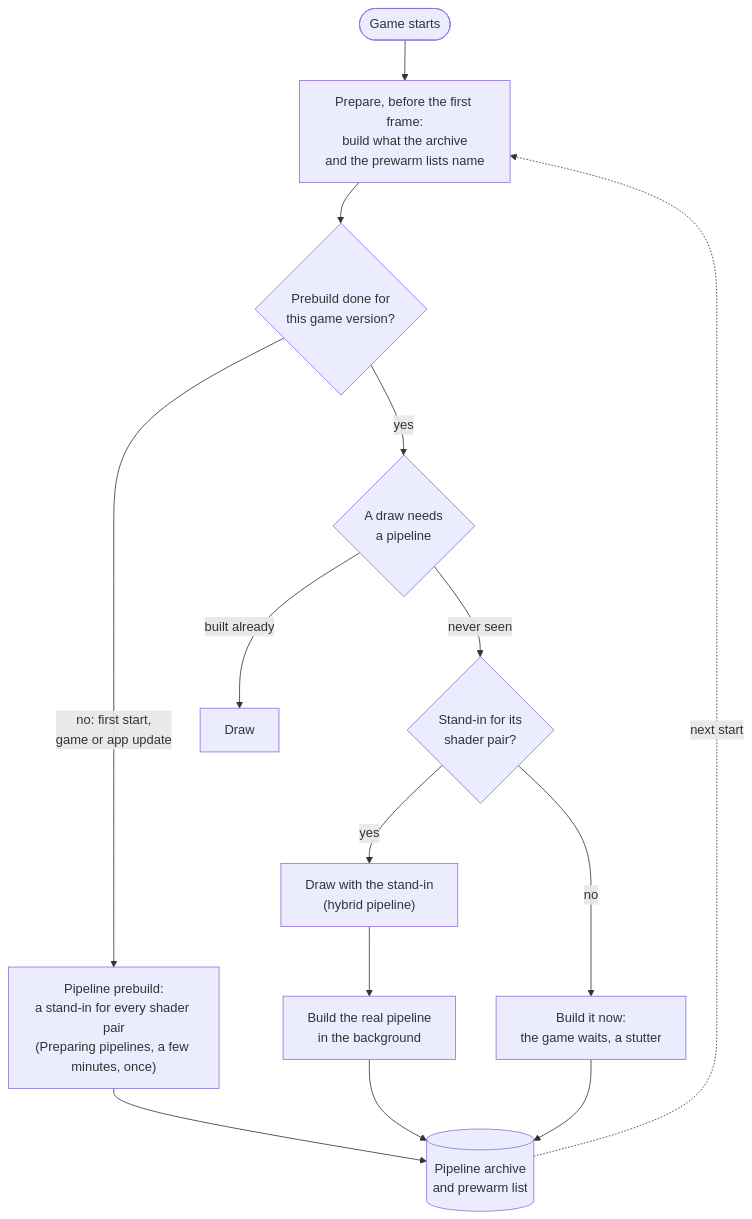
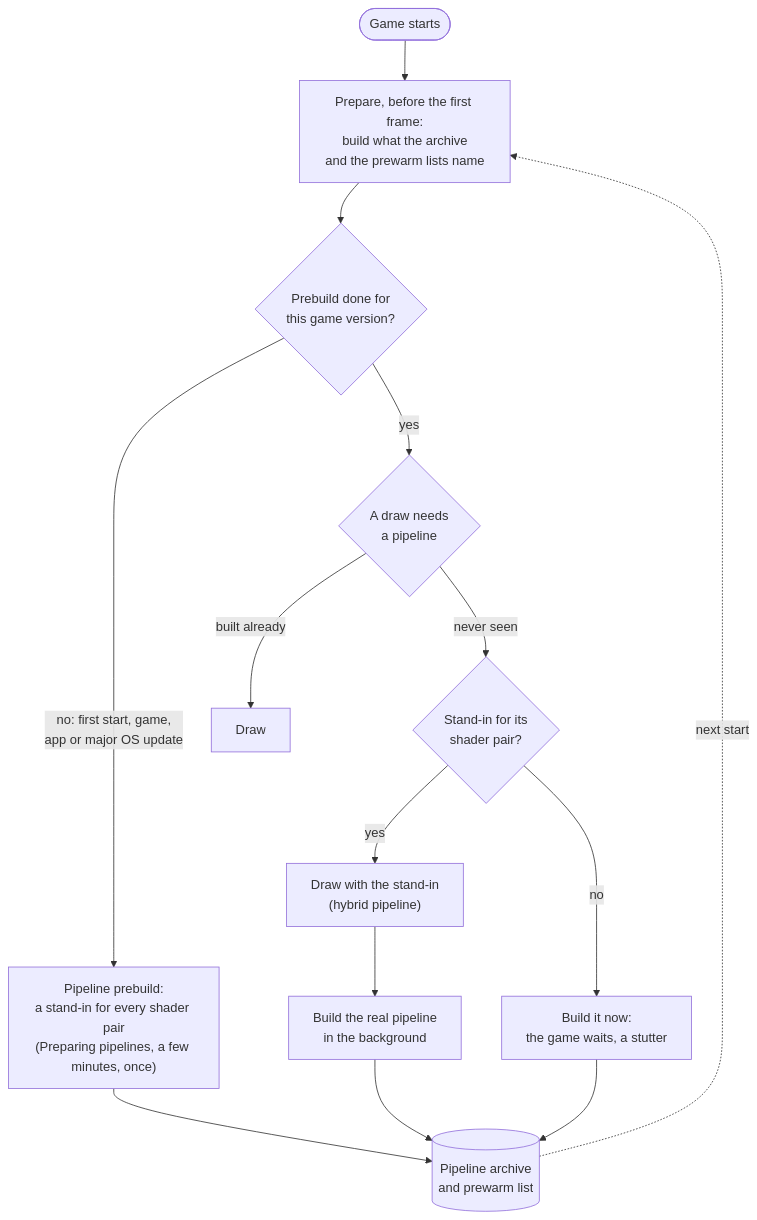
The seventh of 8 diagrams in docs/settings.md (kencalx/NX18), drawn with Mermaid before and after one commit. The commit also changed other lines of this file and 962 other files, not shown here.

````diff
--- a/docs/settings.md
+++ b/docs/settings.md
@@ -257,17 +270,17 @@
 ```mermaid
 flowchart TD
     start([Game starts]) --> prepare["Prepare, before the first frame:<br/>build what the archive<br/>and the prewarm lists name"]
     prepare --> pre{"Prebuild done for<br/>this game version?"}
-    pre -->|no: first start,<br/>game or app update| prebuild["Pipeline prebuild:<br/>a stand-in for every shader pair<br/>(Preparing pipelines, a few minutes, once)"]
+    pre -->|no: first start, game,<br/>app or major OS update| prebuild["Pipeline prebuild:<br/>a stand-in for every shader pair<br/>(Preparing pipelines, a few minutes, once)"]
     prebuild --> archive
     pre -->|yes| draw
     draw{"A draw needs<br/>a pipeline"}
     draw -->|built already| ok[Draw]
     draw -->|never seen| stand{"Stand-in for its<br/>shader pair?"}
     stand -->|yes| hybrid["Draw with the stand-in<br/>(hybrid pipeline)"]
     hybrid --> bg[Build the real pipeline<br/>in the background]
     stand -->|no| wait["Build it now:<br/>the game waits, a stutter"]
     bg --> archive[(Pipeline archive<br/>and prewarm list)]
     wait --> archive
     archive -.->|next start| prepare
 ```
````
